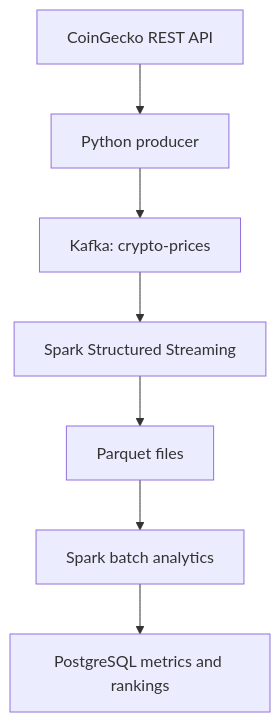
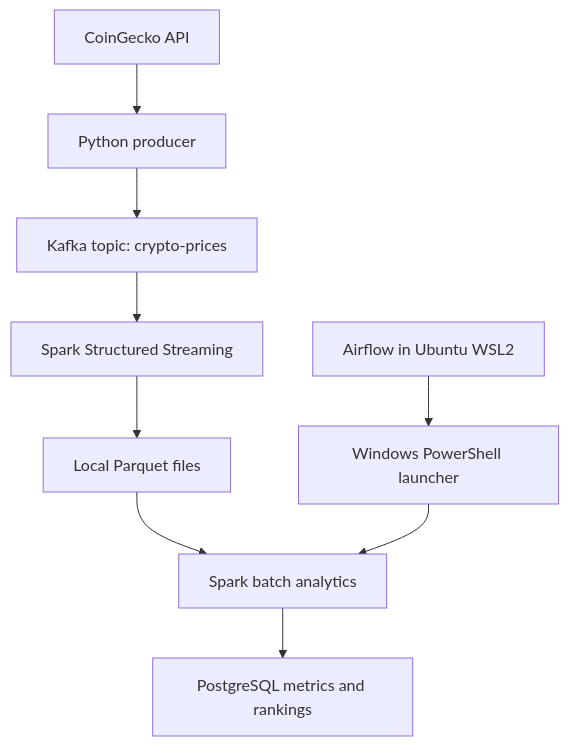
Before and after one commit to DonnieFord/Marketflow-Analysis: the diagram in README.md, drawn with Mermaid. The commit also changed other lines of this file and 3 other files, not shown here.

Commit message:
Schedule Spark analytics with Airflow and document local setup

````diff
--- a/README.md
+++ b/README.md
@@ -7,9 +7,11 @@
 ```mermaid
 flowchart TD
-    A[CoinGecko REST API] --> B[Python producer]
-    B --> C[Kafka: crypto-prices]
+    A[CoinGecko API] --> B[Python producer]
+    B --> C[Kafka topic: crypto-prices]
     C --> D[Spark Structured Streaming]
-    D --> E[Parquet files]
+    D --> E[Local Parquet files]
     E --> F[Spark batch analytics]
+    H[Airflow in Ubuntu WSL2] --> I[Windows PowerShell launcher]
+    I --> F
     F --> G[PostgreSQL metrics and rankings]
 ```
````
